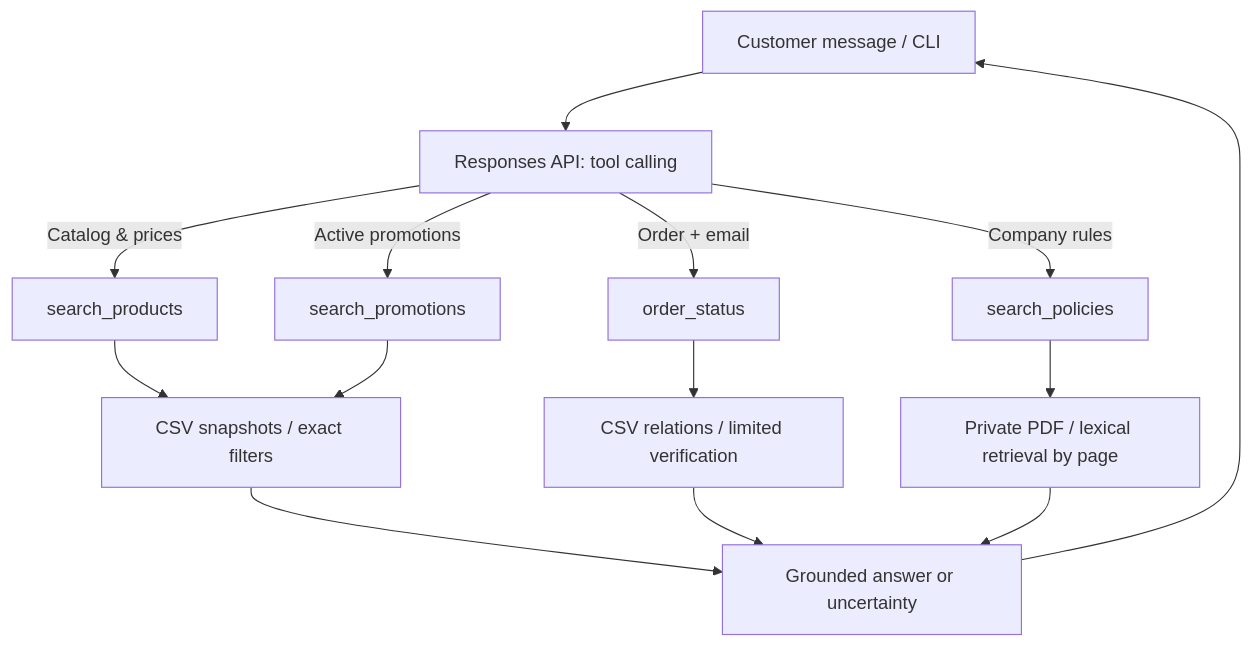
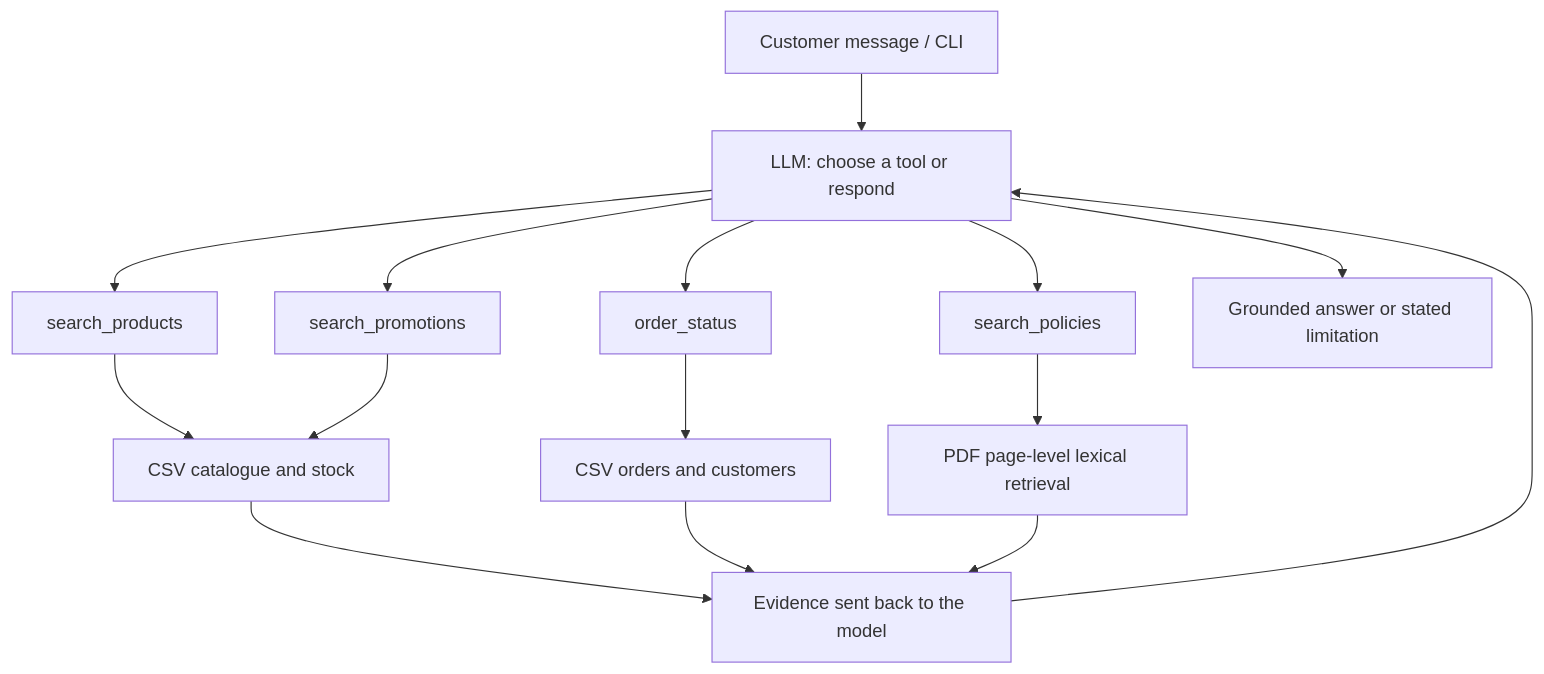
Before and after one commit to Gabriel300p/music-emporium-ai-agent: the diagram in README.md, drawn with Mermaid. The commit also changed other lines of this file and 7 other files, not shown here.

````diff
--- a/README.md
+++ b/README.md
@@ -21,16 +53,17 @@
 ```mermaid
 flowchart TD
-    A[Customer message / CLI] --> B[Responses API: tool calling]
-    B -->|Catalog & prices| C[search_products]
-    B -->|Active promotions| D[search_promotions]
-    B -->|Order + email| E[order_status]
-    B -->|Company rules| F[search_policies]
-    C --> G[CSV snapshots / exact filters]
-    D --> G
-    E --> H[CSV relations / limited verification]
-    F --> I[Private PDF / lexical retrieval by page]
-    G --> J[Grounded answer or uncertainty]
-    H --> J
-    I --> J
-    J --> A
+    U[Customer message / CLI] --> L[LLM: choose a tool or respond]
+    L --> P[search_products]
+    L --> R[search_promotions]
+    L --> O[order_status]
+    L --> K[search_policies]
+    P --> C[CSV catalogue and stock]
+    R --> C
+    O --> D[CSV orders and customers]
+    K --> F[PDF page-level lexical retrieval]
+    C --> A[Evidence sent back to the model]
+    D --> A
+    F --> A
+    A --> L
+    L --> S[Grounded answer or stated limitation]
 ```
````
